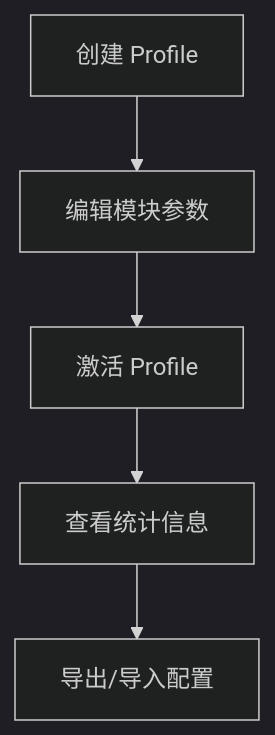
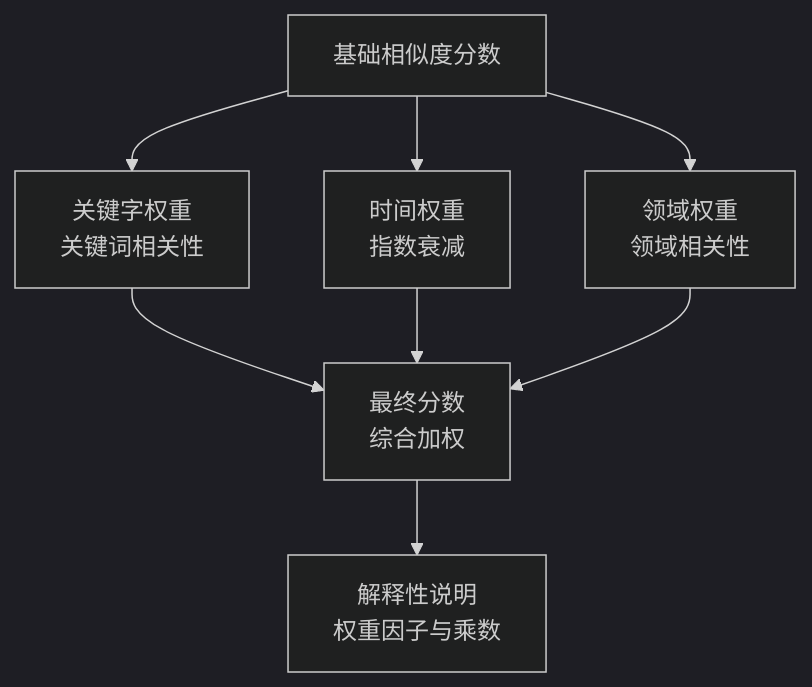
Before and after one commit to JieGaoPrinceton/NecoRAG: the eighth of 10 diagrams in .qoder/repowiki/zh/content/项目概述/项目概述.md, drawn with Mermaid (dark theme). The commit also changed other lines of this file and 76 other files, not shown here.

````diff
--- a/.qoder/repowiki/zh/content/项目概述/项目概述.md
+++ b/.qoder/repowiki/zh/content/项目概述/项目概述.md
@@ -274,7 +322,10 @@
 ```mermaid
 flowchart TD
-A["创建 Profile"] --> B["编辑模块参数"]
-B --> C["激活 Profile"]
-C --> D["查看统计信息"]
-D --> E["导出/导入配置"]
+A["基础相似度分数"] --> KW["关键字权重<br/>关键词相关性"]
+A --> TW["时间权重<br/>指数衰减"]
+A --> DW["领域权重<br/>领域相关性"]
+KW --> F["最终分数<br/>综合加权"]
+TW --> F
+DW --> F
+F --> E["解释性说明<br/>权重因子与乘数"]
 ```
````
